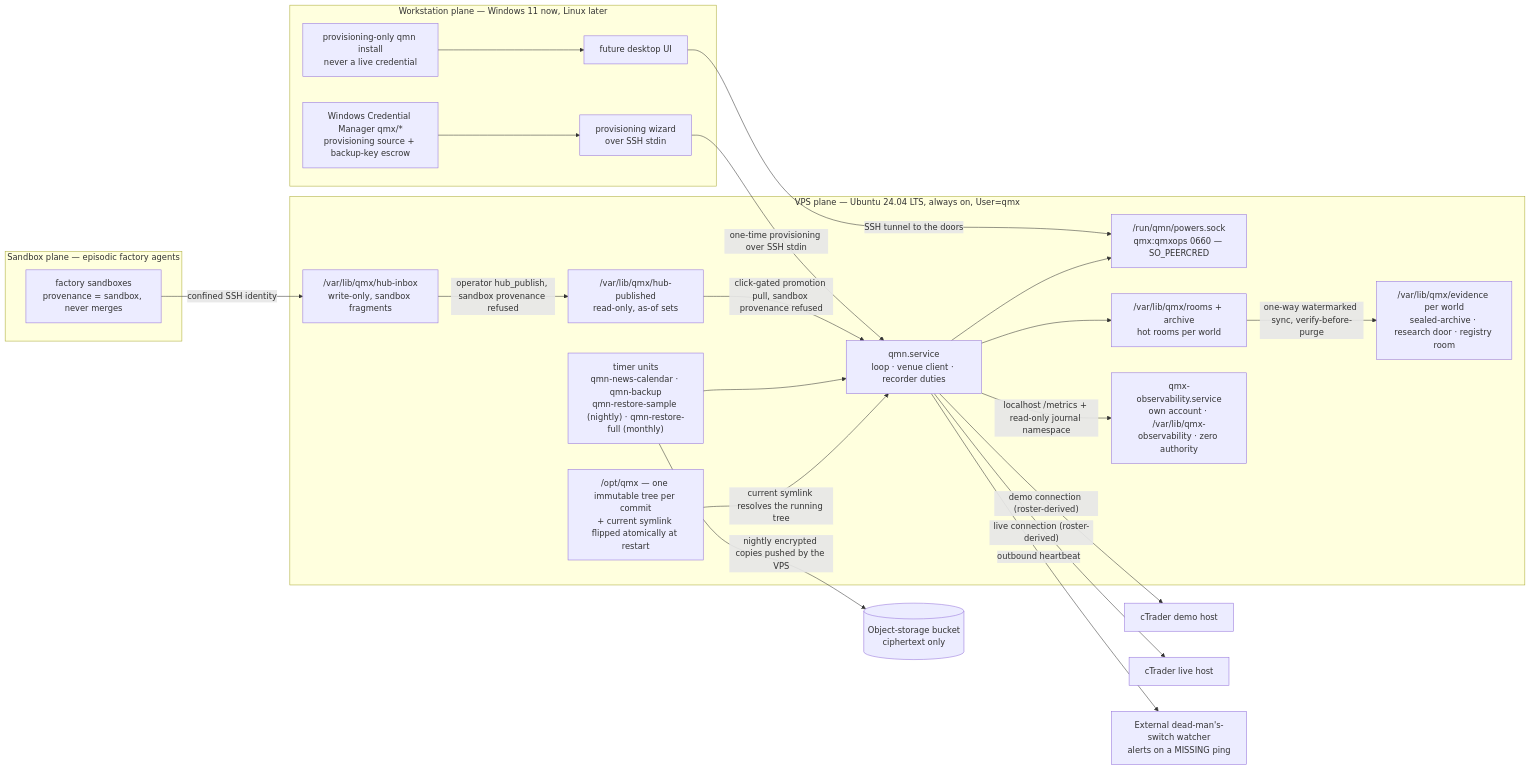
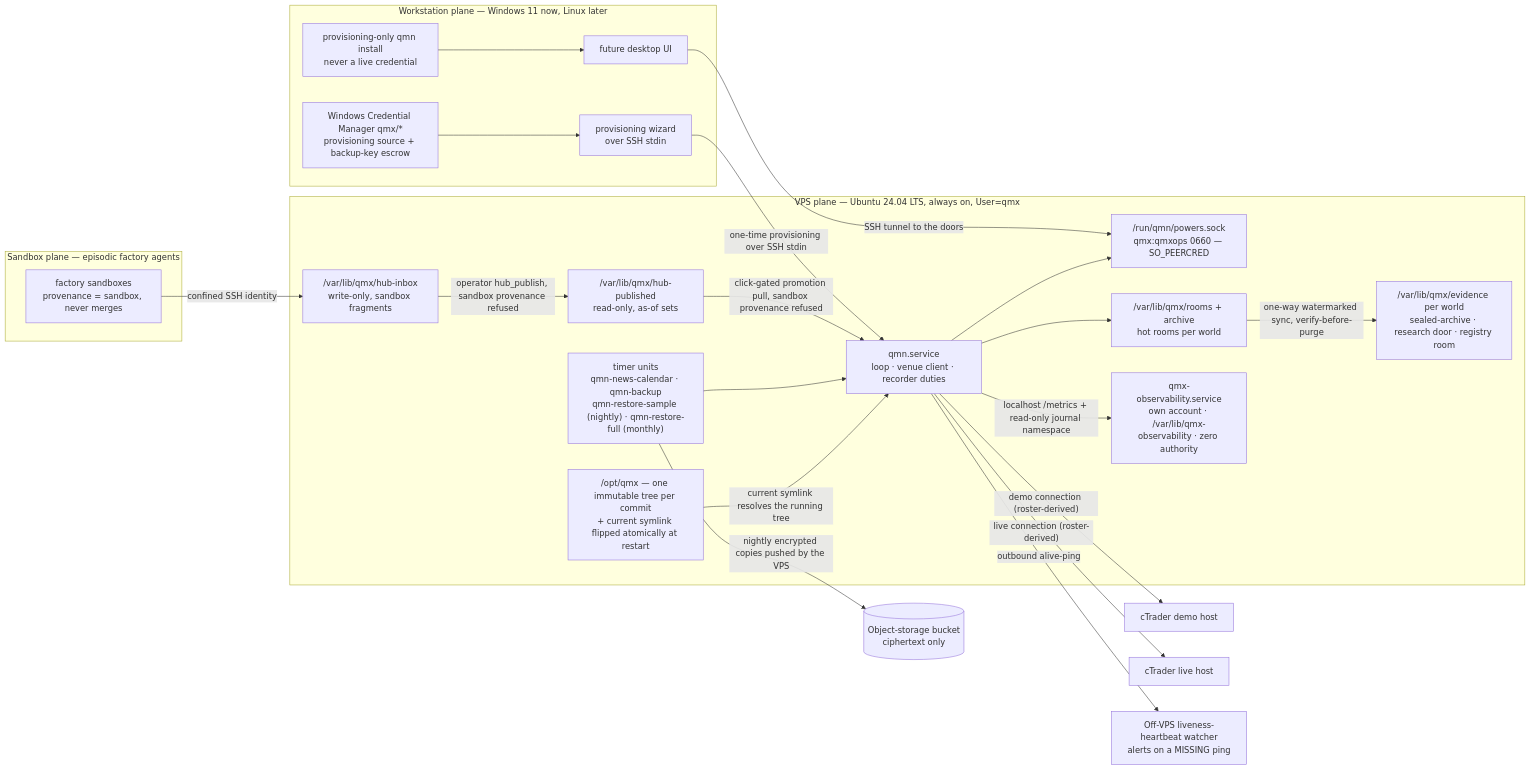
Before and after one commit to MubarakHimself/QMX: the tenth of 13 diagrams in docs/architecture/overview.md, drawn with Mermaid. The commit also changed other lines of this file and 22 other files, not shown here.

````diff
--- a/docs/architecture/overview.md
+++ b/docs/architecture/overview.md
@@ -386,45 +386,45 @@
 ```mermaid
 graph LR
   subgraph vps["VPS plane — Ubuntu 24.04 LTS, always on, User=qmx"]
     trees["/opt/qmx — one immutable tree per commit<br/>+ current symlink flipped atomically at restart"]
     svc["qmn.service<br/>loop · venue client · recorder duties"]
     tim["timer units<br/>qmn-news-calendar · qmn-backup<br/>qmn-restore-sample (nightly) · qmn-restore-full (monthly)"]
     sock["/run/qmn/powers.sock<br/>qmx:qmxops 0660 — SO_PEERCRED"]
     hot["/var/lib/qmx/rooms + archive<br/>hot rooms per world"]
     evi["/var/lib/qmx/evidence per world<br/>sealed-archive · research door · registry room"]
     hin["/var/lib/qmx/hub-inbox<br/>write-only, sandbox fragments"]
     hpb["/var/lib/qmx/hub-published<br/>read-only, as-of sets"]
     obs["qmx-observability.service<br/>own account · /var/lib/qmx-observability · zero authority"]
   end
   subgraph ws["Workstation plane — Windows 11 now, Linux later"]
     cred["Windows Credential Manager qmx/*<br/>provisioning source + backup-key escrow"]
     wiz["provisioning wizard<br/>over SSH stdin"]
     app["future desktop UI"]
     prov["provisioning-only qmn install<br/>never a live credential"]
   end
   subgraph sbx["Sandbox plane — episodic factory agents"]
     sb["factory sandboxes<br/>provenance = sandbox, never merges"]
   end
   bucket[("Object-storage bucket<br/>ciphertext only")]
   demo["cTrader demo host"]
   live["cTrader live host"]
-  dms["External dead-man's-switch watcher<br/>alerts on a MISSING ping"]
+  dms["Off-VPS liveness-heartbeat watcher<br/>alerts on a MISSING ping"]
 
   trees -- current symlink resolves the running tree --> svc
   tim --> svc
   svc --> sock
   svc --> hot
   hot -- one-way watermarked sync, verify-before-purge --> evi
   tim -- nightly encrypted copies pushed by the VPS --> bucket
   svc -- localhost /metrics + read-only journal namespace --> obs
   sb -- confined SSH identity --> hin
   hin -- operator hub_publish, sandbox provenance refused --> hpb
   hpb -- click-gated promotion pull, sandbox provenance refused --> svc
   prov --> app
   app -- SSH tunnel to the doors --> sock
   cred --> wiz
   wiz -- one-time provisioning over SSH stdin --> svc
   svc -- demo connection (roster-derived) --> demo
   svc -- live connection (roster-derived) --> live
-  svc -- outbound heartbeat --> dms
+  svc -- outbound alive-ping --> dms
 ```
````
